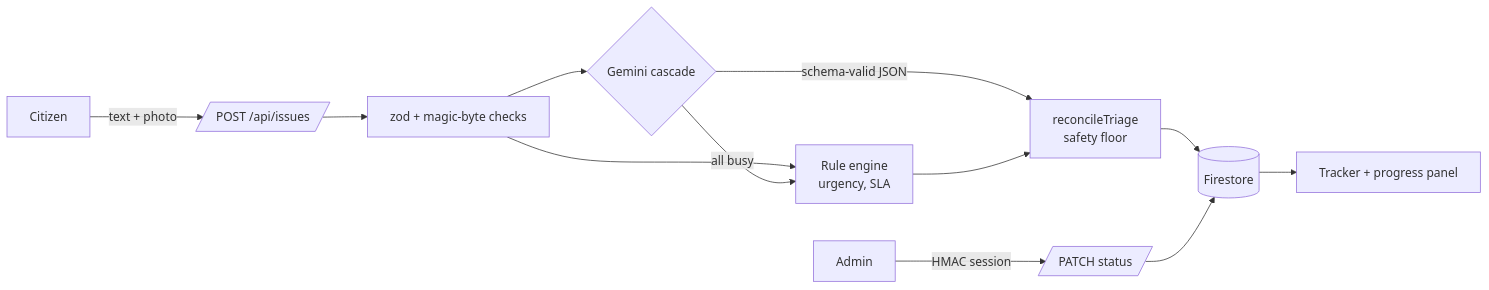
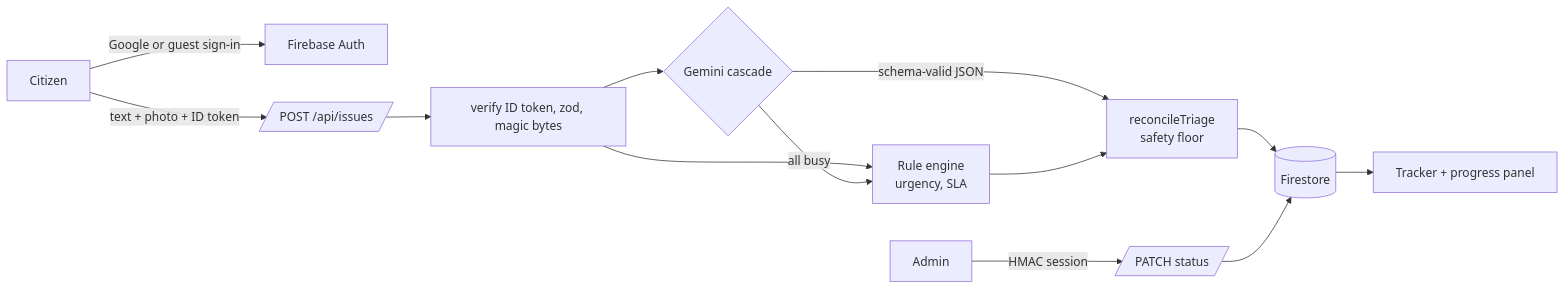
The diagram in README.md (Harsha-code-per/CivicResolve), drawn with Mermaid before and after one commit. The commit also changed other lines of this file and 74 other files, not shown here.

First line of the commit message:
Redesign the UI and add Firebase sign-in

````diff
--- a/README.md
+++ b/README.md
@@ -51,13 +62,14 @@
 ```mermaid
 flowchart LR
-  C[Citizen] -->|text + photo| API[/POST /api/issues/]
-  API --> V[zod + magic-byte checks]
+  C[Citizen] -->|Google or guest sign-in| FA[Firebase Auth]
+  C -->|text + photo + ID token| API[/POST /api/issues/]
+  API --> V[verify ID token, zod, magic bytes]
   V --> R[Rule engine<br/>urgency, SLA]
   V --> G{Gemini cascade}
   G -->|schema-valid JSON| M[reconcileTriage<br/>safety floor]
   G -->|all busy| R
   R --> M
   M --> F[(Firestore)]
   F --> T[Tracker + progress panel]
   A[Admin] -->|HMAC session| U[/PATCH status/] --> F
 ```
````
